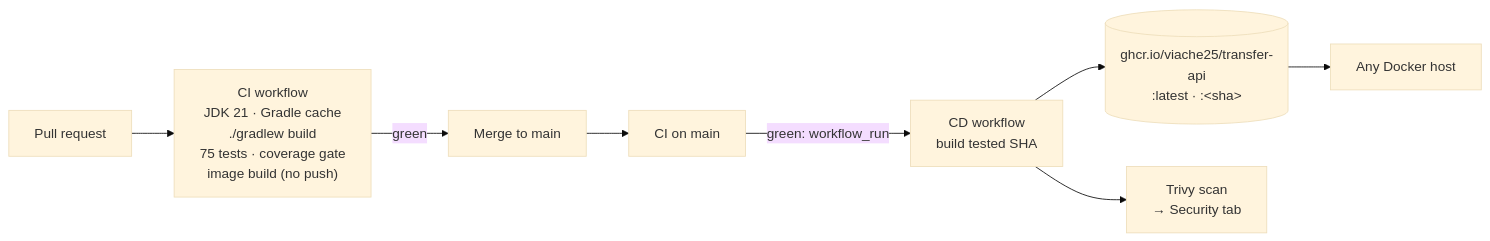
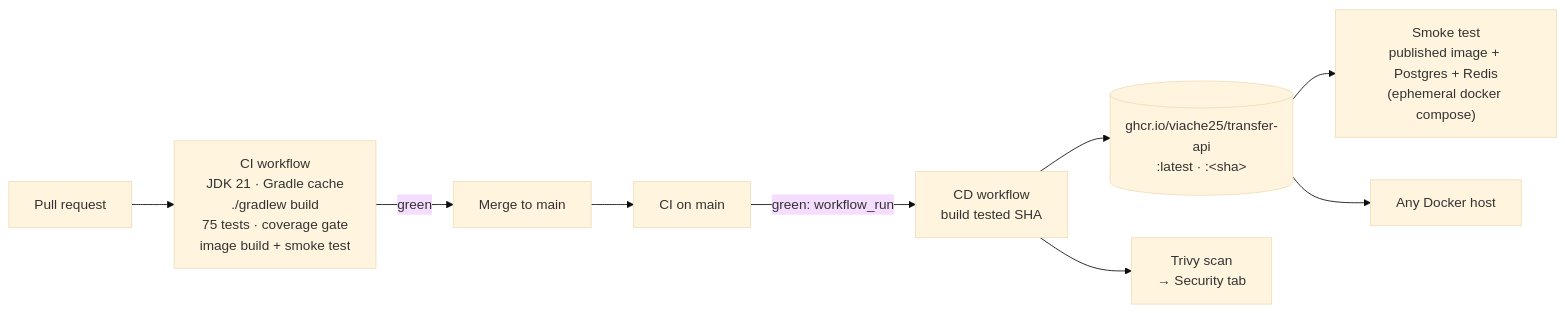
One commit to viache25/transfer-api changed the third of 3 diagrams in README.md. Above: the diagram before and after it, drawn with Mermaid (base theme). The commit also changed other lines of this file and 8 other files, not shown here.

First line of the commit message:
feat: smoke-test the image in an ephemeral environment in CI and CD (#31)

````diff
--- a/README.md
+++ b/README.md
@@ -394,10 +399,11 @@
 ```mermaid
 flowchart LR
-    PR[Pull request] --> CI["CI workflow<br/>JDK 21 · Gradle cache<br/>./gradlew build<br/>75 tests · coverage gate<br/>image build (no push)"]
+    PR[Pull request] --> CI["CI workflow<br/>JDK 21 · Gradle cache<br/>./gradlew build<br/>75 tests · coverage gate<br/>image build + smoke test"]
     CI -->|green| M[Merge to main]
     M --> CI2["CI on main"]
     CI2 -->|green: workflow_run| CD["CD workflow<br/>build tested SHA"]
     CD --> R[("ghcr.io/viache25/transfer-api<br/>:latest · :&lt;sha&gt;")]
     CD --> T["Trivy scan<br/>→ Security tab"]
+    R --> SM["Smoke test<br/>published image + Postgres + Redis<br/>(ephemeral docker compose)"]
     R --> S[Any Docker host]
 ```
````
